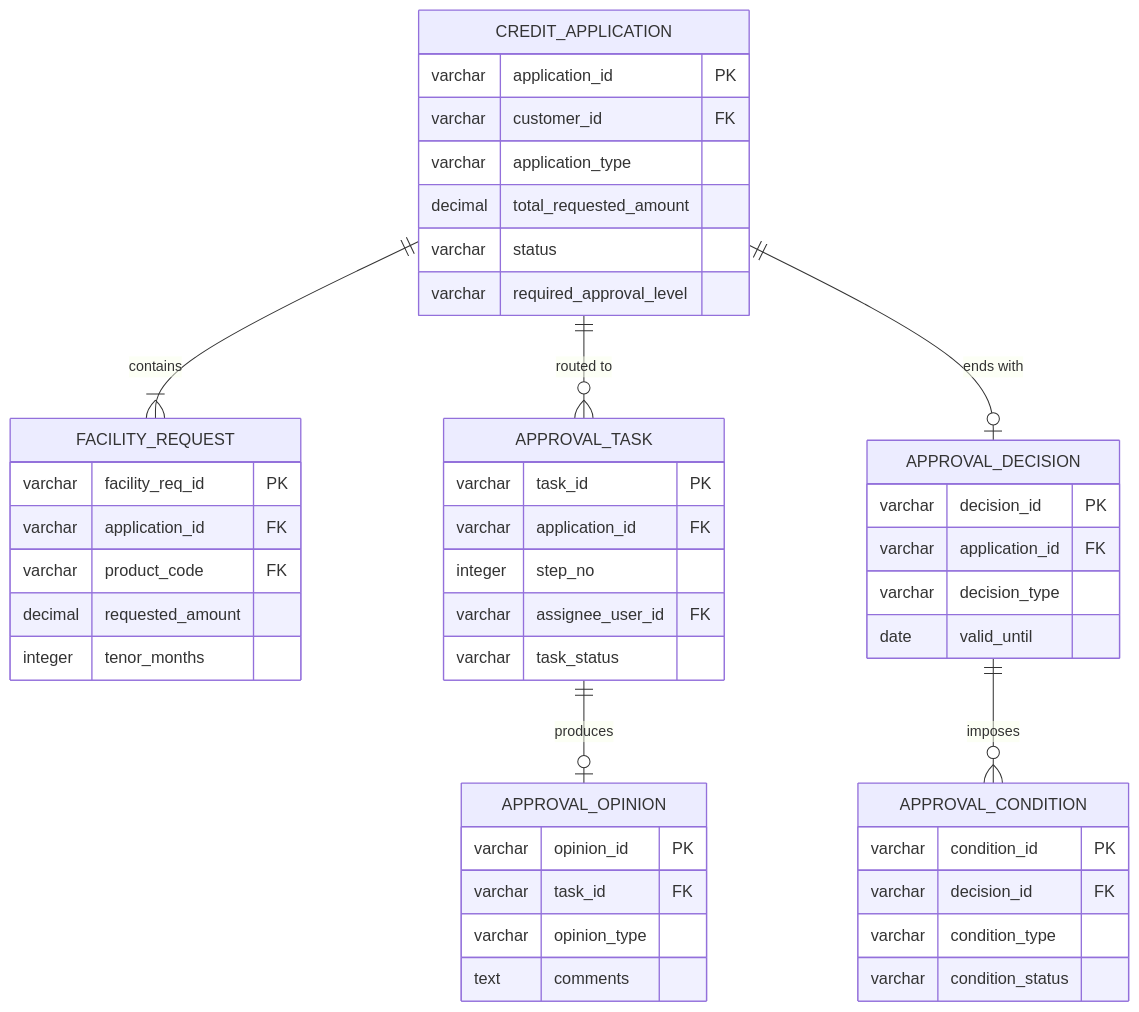
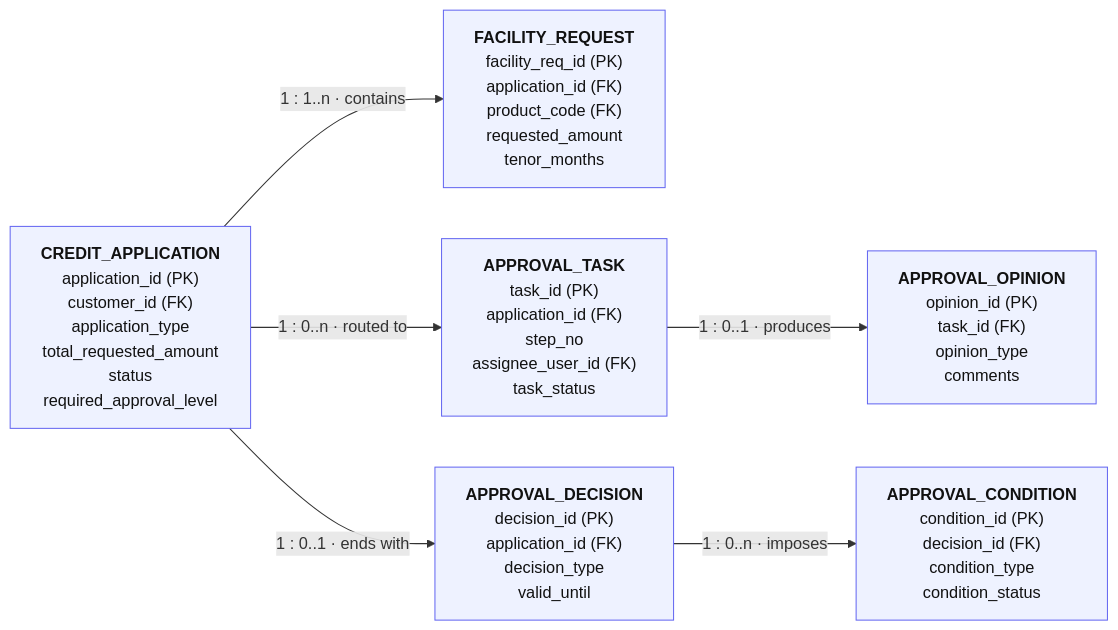
Diagram 14 of 21 in docs/business-architecture-processes-data-model.md (yugshinz-star/credit-management-system), drawn with Mermaid before and after one commit. The commit also changed other lines of this file, not shown here.

First line of the commit message:
Redraw ER and state diagrams as flowcharts for GitHub rendering

````diff
--- a/docs/business-architecture-processes-data-model.md
+++ b/docs/business-architecture-processes-data-model.md
@@ -847,48 +843,15 @@
 ```mermaid
-erDiagram
-    CREDIT_APPLICATION {
-        varchar application_id PK
-        varchar customer_id FK
-        varchar application_type
-        decimal total_requested_amount
-        varchar status
-        varchar required_approval_level
-    }
-    FACILITY_REQUEST {
-        varchar facility_req_id PK
-        varchar application_id FK
-        varchar product_code FK
-        decimal requested_amount
-        integer tenor_months
-    }
-    APPROVAL_TASK {
-        varchar task_id PK
-        varchar application_id FK
-        integer step_no
-        varchar assignee_user_id FK
-        varchar task_status
-    }
-    APPROVAL_OPINION {
-        varchar opinion_id PK
-        varchar task_id FK
-        varchar opinion_type
-        text comments
-    }
-    APPROVAL_DECISION {
-        varchar decision_id PK
-        varchar application_id FK
-        varchar decision_type
-        date valid_until
-    }
-    APPROVAL_CONDITION {
-        varchar condition_id PK
-        varchar decision_id FK
-        varchar condition_type
-        varchar condition_status
-    }
-    CREDIT_APPLICATION ||--|{ FACILITY_REQUEST : contains
-    CREDIT_APPLICATION ||--o{ APPROVAL_TASK : "routed to"
-    APPROVAL_TASK ||--o| APPROVAL_OPINION : produces
-    CREDIT_APPLICATION ||--o| APPROVAL_DECISION : "ends with"
-    APPROVAL_DECISION ||--o{ APPROVAL_CONDITION : imposes
+flowchart LR
+    classDef ent fill:#eef2ff,stroke:#6366f1,color:#111
+    APP["<b>CREDIT_APPLICATION</b><br/>application_id (PK)<br/>customer_id (FK)<br/>application_type<br/>total_requested_amount<br/>status<br/>required_approval_level"]:::ent
+    FR["<b>FACILITY_REQUEST</b><br/>facility_req_id (PK)<br/>application_id (FK)<br/>product_code (FK)<br/>requested_amount<br/>tenor_months"]:::ent
+    TSK["<b>APPROVAL_TASK</b><br/>task_id (PK)<br/>application_id (FK)<br/>step_no<br/>assignee_user_id (FK)<br/>task_status"]:::ent
+    OP["<b>APPROVAL_OPINION</b><br/>opinion_id (PK)<br/>task_id (FK)<br/>opinion_type<br/>comments"]:::ent
+    DEC["<b>APPROVAL_DECISION</b><br/>decision_id (PK)<br/>application_id (FK)<br/>decision_type<br/>valid_until"]:::ent
+    CND["<b>APPROVAL_CONDITION</b><br/>condition_id (PK)<br/>decision_id (FK)<br/>condition_type<br/>condition_status"]:::ent
+    APP -->|"1 : 1..n · contains"| FR
+    APP -->|"1 : 0..n · routed to"| TSK
+    TSK -->|"1 : 0..1 · produces"| OP
+    APP -->|"1 : 0..1 · ends with"| DEC
+    DEC -->|"1 : 0..n · imposes"| CND
 ```
````
